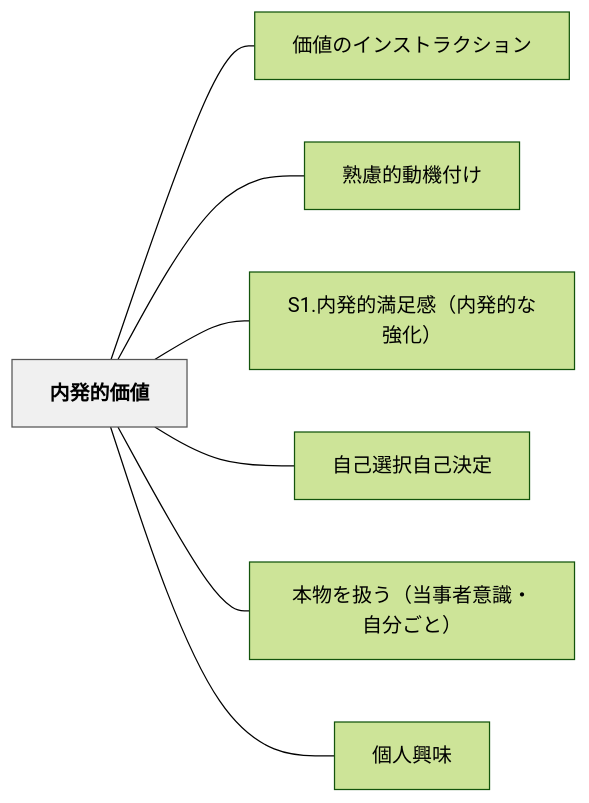
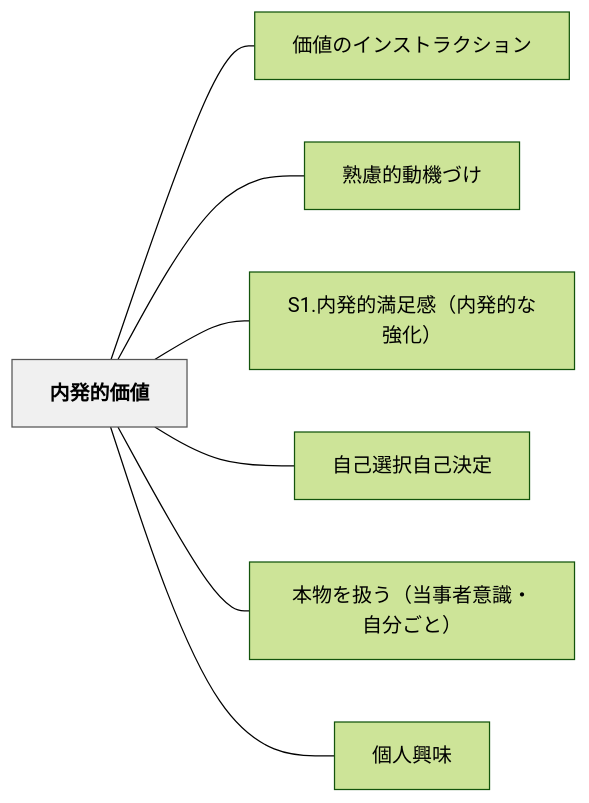
One commit to unknownthings-ed-patterns/unknownthings-ed-patterns changed the diagram in content/パタン/内発的価値.md. Above: the diagram before and after it, drawn with Mermaid (forest theme). The commit also changed other lines of this file and 234 other files, not shown here.

````diff
--- a/content/パタン/内発的価値.md
+++ b/content/パタン/内発的価値.md
@@ -37,20 +37,20 @@
 ```mermaid
 flowchart LR
     ne58685e799bae79a84e4bea1e580a4["内発的価値"]
     ne4bea1e580a4e381aee382a4e383b3e382b9e38388e383a9e382afe382b7e383a7e383b3["価値のインストラクション"]
-    ne7869fe685aee79a84e58b95e6a99fe4bb98e38191["熟慮的動機付け"]
+    ne7869fe685aee79a84e58b95e6a99fe381a5e38191["熟慮的動機づけ"]
     n53312ee58685e799bae79a84e6ba80e8b6b3e6849fefbc88e58685e799bae79a84e381aae5bcb7e58c96efbc89["S1.内発的満足感（内発的な強化）"]
     ne887aae5b7b1e981b8e68a9ee887aae5b7b1e6b1bae5ae9a["自己選択自己決定"]
     ne69cace789a9e38292e689b1e38186efbc88e5bd93e4ba8be88085e6848fe8ad98e383bbe887aae58886e38194e381a8efbc89["本物を扱う（当事者意識・自分ごと）"]
     ne5808be4babae88888e591b3["個人興味"]
 
     ne58685e799bae79a84e4bea1e580a4 --- ne4bea1e580a4e381aee382a4e383b3e382b9e38388e383a9e382afe382b7e383a7e383b3
-    ne58685e799bae79a84e4bea1e580a4 --- ne7869fe685aee79a84e58b95e6a99fe4bb98e38191
+    ne58685e799bae79a84e4bea1e580a4 --- ne7869fe685aee79a84e58b95e6a99fe381a5e38191
     ne58685e799bae79a84e4bea1e580a4 --- n53312ee58685e799bae79a84e6ba80e8b6b3e6849fefbc88e58685e799bae79a84e381aae5bcb7e58c96efbc89
     ne58685e799bae79a84e4bea1e580a4 --- ne887aae5b7b1e981b8e68a9ee887aae5b7b1e6b1bae5ae9a
     ne58685e799bae79a84e4bea1e580a4 --- ne69cace789a9e38292e689b1e38186efbc88e5bd93e4ba8be88085e6848fe8ad98e383bbe887aae58886e38194e381a8efbc89
     ne58685e799bae79a84e4bea1e580a4 --- ne5808be4babae88888e591b3
 
     classDef hub fill:#f0f0f0,stroke:#555,color:#000,font-weight:bold
     class ne58685e799bae79a84e4bea1e580a4 hub
 ```
````
